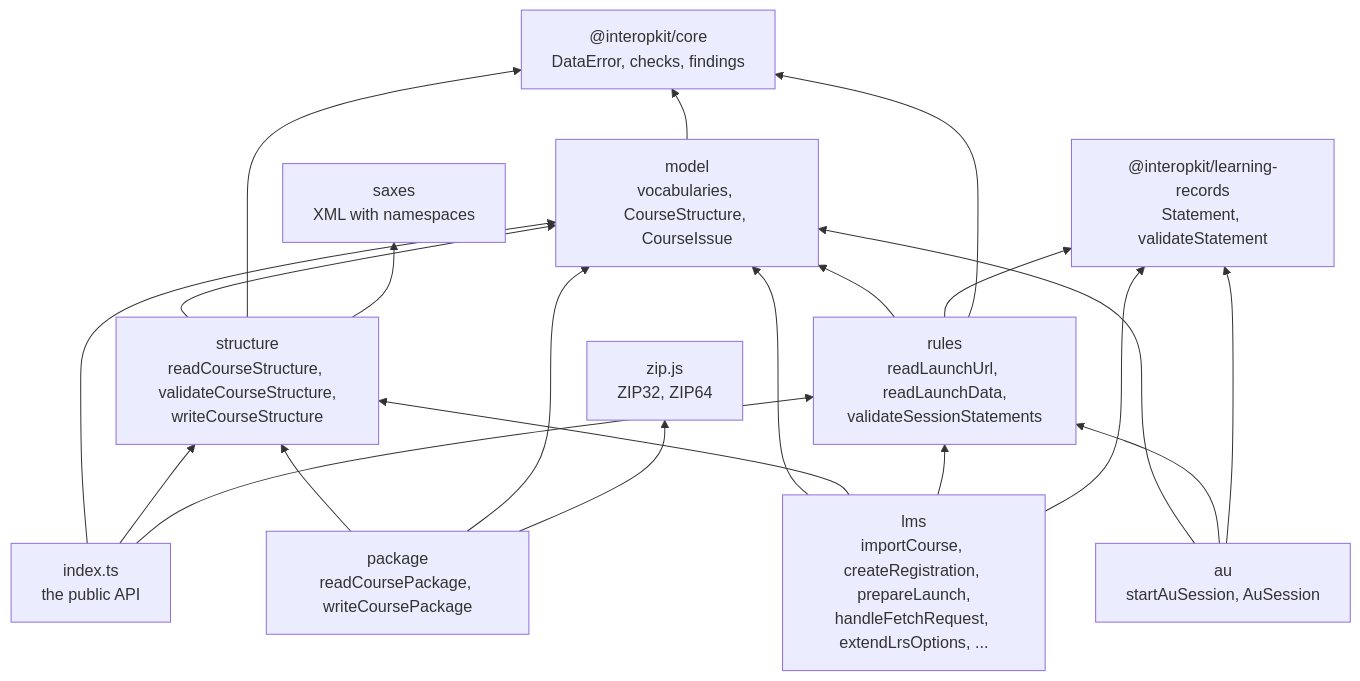
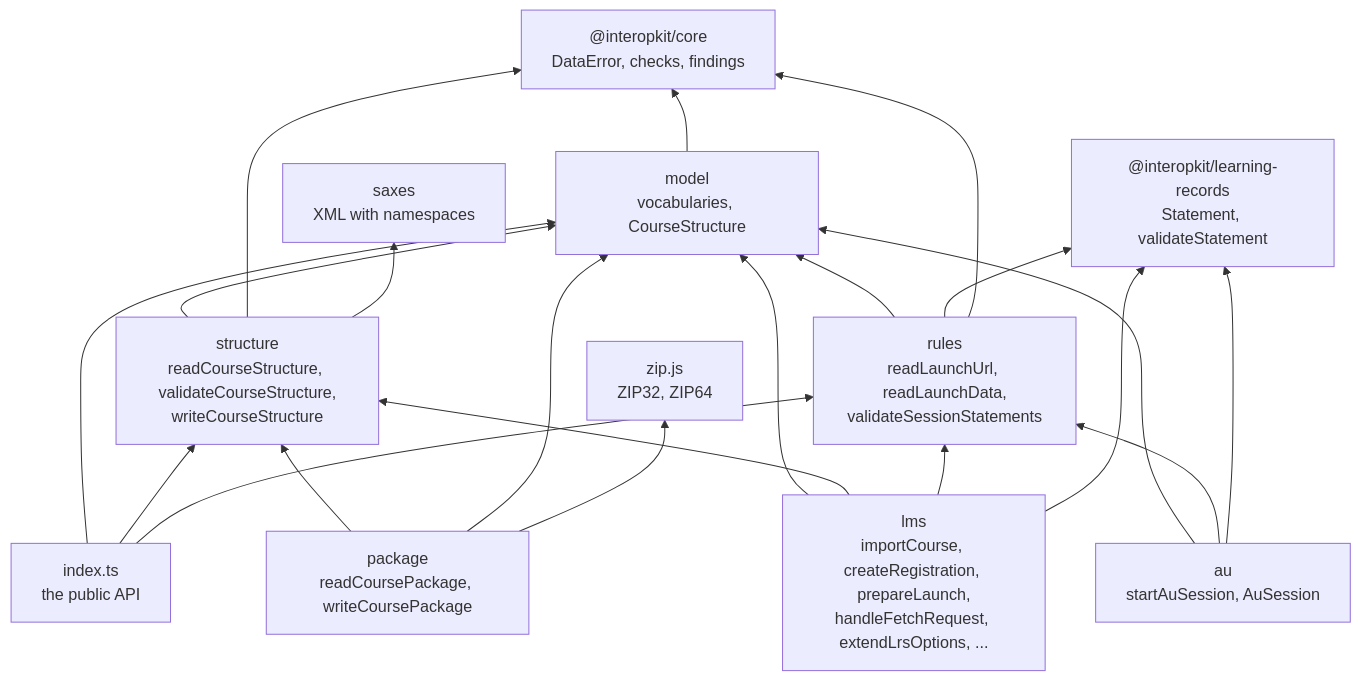
The diagram in docs/course-launch/architecture.md (interopkit/interopkit), drawn with Mermaid before and after one commit. The commit also changed other lines of this file and 140 other files, not shown here.

````diff
--- a/docs/course-launch/architecture.md
+++ b/docs/course-launch/architecture.md
@@ -14,34 +14,34 @@
 ```mermaid
 flowchart BT
   core["@interopkit/core<br/>DataError, checks, findings"]
-  model["model<br/>vocabularies, CourseStructure, CourseIssue"]
+  model["model<br/>vocabularies, CourseStructure"]
   structure["structure<br/>readCourseStructure, validateCourseStructure,<br/>writeCourseStructure"]
   package["package<br/>readCoursePackage, writeCoursePackage"]
   saxes["saxes<br/>XML with namespaces"]
   zip["zip.js<br/>ZIP32, ZIP64"]
   rules["rules<br/>readLaunchUrl, readLaunchData,<br/>validateSessionStatements"]
   records["@interopkit/learning-records<br/>Statement, validateStatement"]
   root["index.ts<br/>the public API"]
   rules --> model
   rules --> records
   rules --> core
   model --> core
   structure --> model
   structure --> core
   structure --> saxes
   package --> structure
   package --> model
   package --> zip
   root --> model
   root --> structure
   root --> rules
   lms["lms<br/>importCourse, createRegistration, prepareLaunch,<br/>handleFetchRequest, extendLrsOptions, ..."]
   lms --> model
   lms --> structure
   lms --> rules
   lms --> records
   au["au<br/>startAuSession, AuSession"]
   au --> model
   au --> rules
   au --> records
 ```
````
